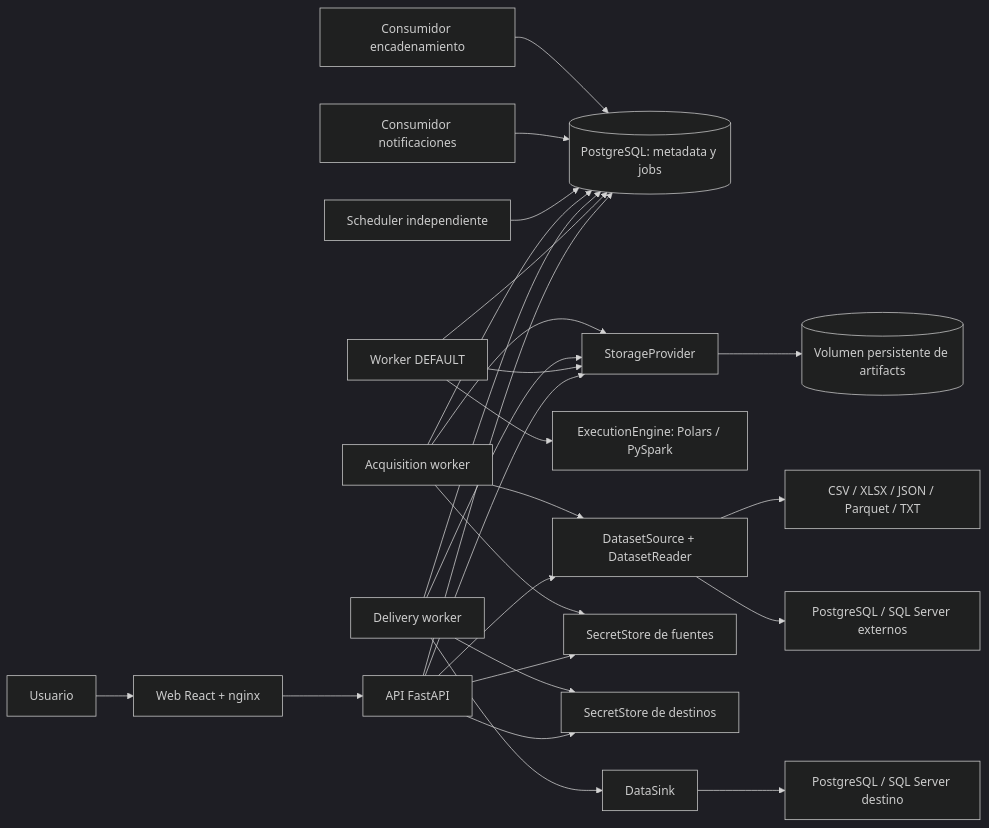
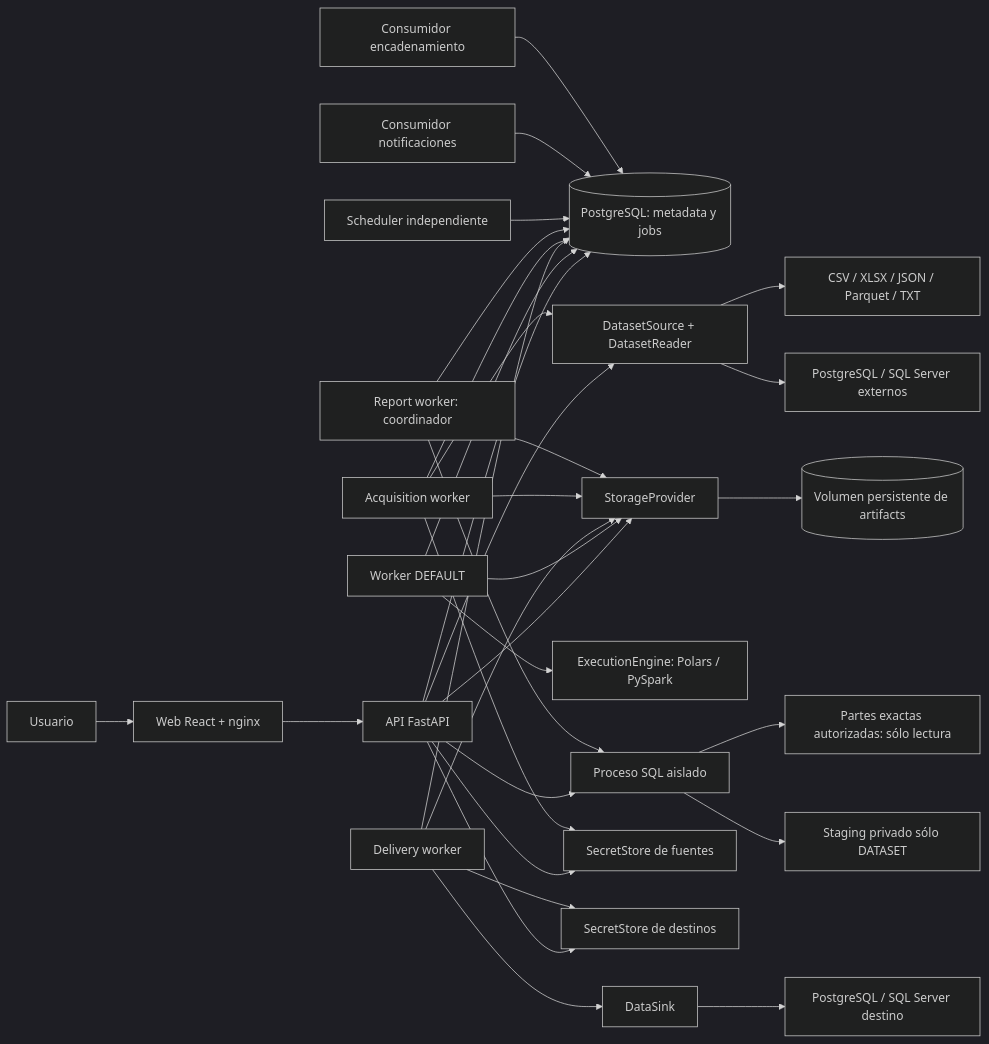
Before and after one commit to eddiesan422/TrackvanceCore: the diagram in docs/architecture.md, drawn with Mermaid (dark theme). The commit also changed other lines of this file and 124 other files, not shown here.

````diff
--- a/docs/architecture.md
+++ b/docs/architecture.md
@@ -23,28 +23,34 @@
 ```mermaid
 flowchart LR
   U[Usuario] --> W[Web React + nginx]
   W --> A[API FastAPI]
   A --> P[(PostgreSQL: metadata y jobs)]
   K[Worker DEFAULT] --> P
   KD[Delivery worker] --> P
   KA[Acquisition worker] --> P
+  KR[Report worker: coordinador] --> P
   SCH[Scheduler independiente] --> P
   EN[Consumidor notificaciones] --> P
   EC[Consumidor encadenamiento] --> P
   A --> S[StorageProvider]
   K --> S
   KD --> S
   KA --> S
+  KR --> S
+  A --> R[Proceso SQL aislado]
+  KR --> R
+  R --> RP[Partes exactas autorizadas: sólo lectura]
+  R --> ST[Staging privado sólo DATASET]
   S --> V[(Volumen persistente de artifacts)]
   K --> E[ExecutionEngine: Polars / PySpark]
   A --> D[DatasetSource + DatasetReader]
   KA --> D
   D --> F[CSV / XLSX / JSON / Parquet / TXT]
   D --> EXT[PostgreSQL / SQL Server externos]
   A --> SEC[SecretStore de fuentes]
   KA --> SEC
   A --> DSEC[SecretStore de destinos]
   KD --> DSEC
   KD --> DS[DataSink]
   DS --> OUT[PostgreSQL / SQL Server destino]
 ```
````
